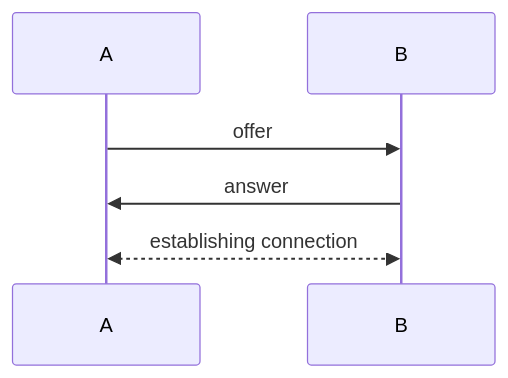
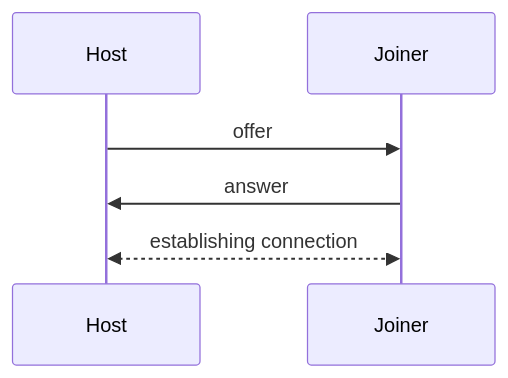
Before and after one commit to PixelQuasar/antenna: the second of 6 diagrams in docs/protocol.md, drawn with Mermaid. The commit also changed other lines of this file and 1 other file, not shown here.

````diff
--- a/docs/protocol.md
+++ b/docs/protocol.md
@@ -196,11 +196,9 @@
 ```mermaid
 sequenceDiagram
-
-    participant A
-    participant B
+    participant A as Host
+    participant B as Joiner
 
     A ->> B: offer
     B ->> A: answer
     A <<-->> B: establishing connection
-
 ```
````
